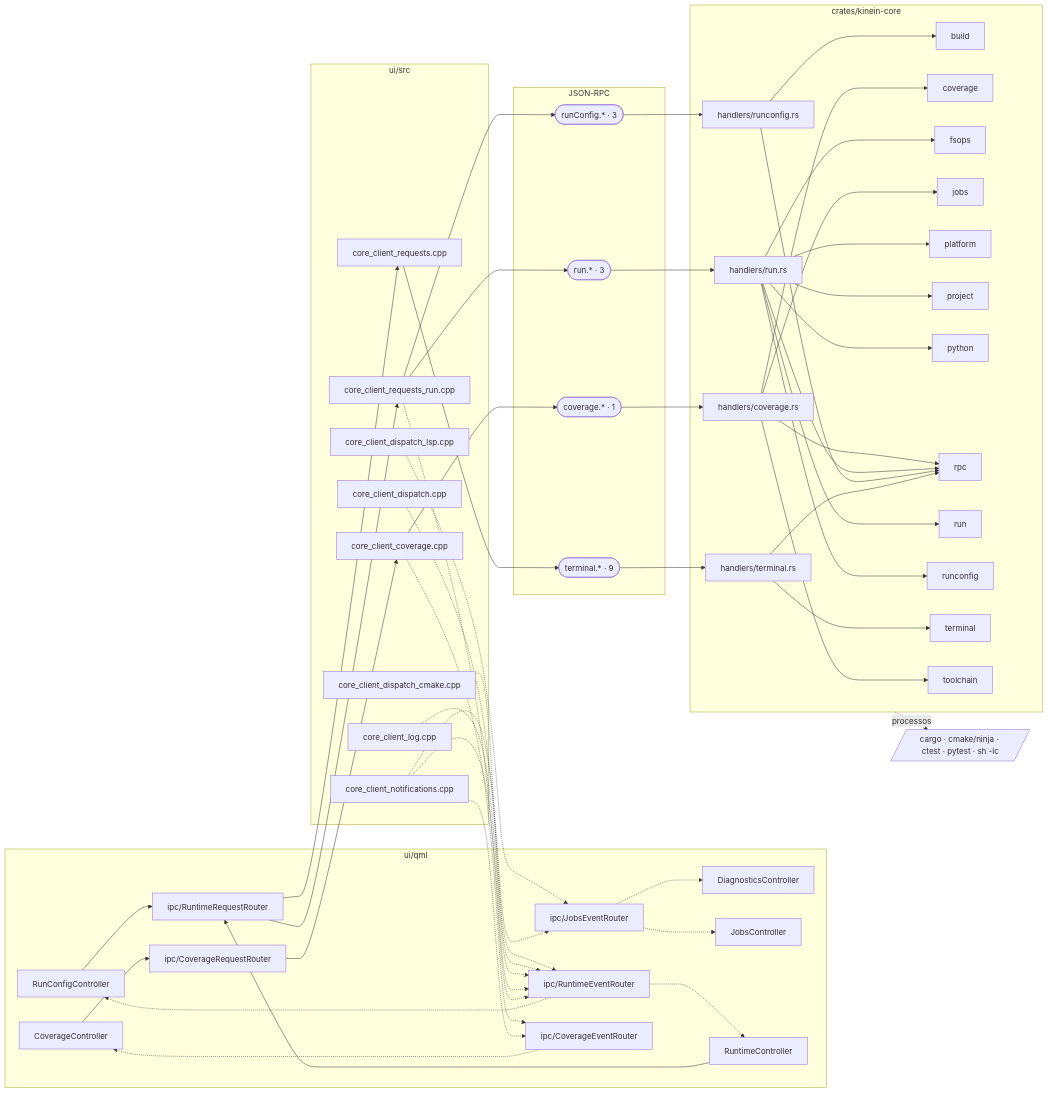
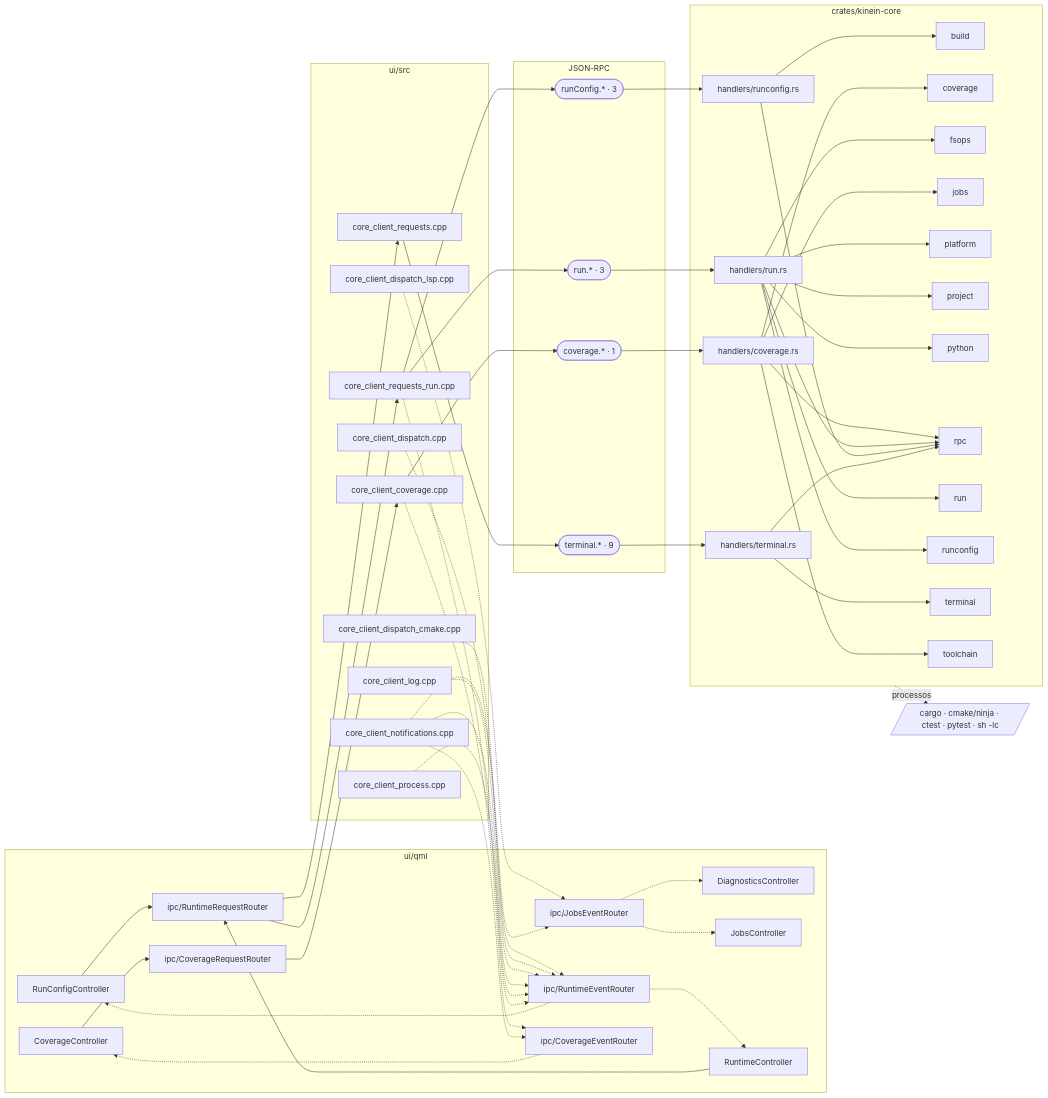
Before and after one commit to ViktorWalde/KineinVectis: the eighth of 16 diagrams in DocsPublic/arquitetura/01-mapa-de-modulos.md, drawn with Mermaid. The commit also changed other lines of this file and 20 other files, not shown here.

```diff
--- a/DocsPublic/arquitetura/01-mapa-de-modulos.md
+++ b/DocsPublic/arquitetura/01-mapa-de-modulos.md
@@ -733,6 +733,7 @@
     n_ui_src_core_client_dispatch_lsp_cpp["core_client_dispatch_lsp.cpp"]
     n_ui_src_core_client_log_cpp["core_client_log.cpp"]
     n_ui_src_core_client_notifications_cpp["core_client_notifications.cpp"]
+    n_ui_src_core_client_process_cpp["core_client_process.cpp"]
     n_ui_src_core_client_requests_cpp["core_client_requests.cpp"]
     n_ui_src_core_client_requests_run_cpp["core_client_requests_run.cpp"]
   end
@@ -781,6 +782,7 @@
   n_ui_src_core_client_notifications_cpp -.-> n_ui_qml_ipc_CoverageEventRouter_qml
   n_ui_src_core_client_notifications_cpp -.-> n_ui_qml_ipc_JobsEventRouter_qml
   n_ui_src_core_client_notifications_cpp -.-> n_ui_qml_ipc_RuntimeEventRouter_qml
+  n_ui_src_core_client_process_cpp -.-> n_ui_qml_ipc_RuntimeEventRouter_qml
   n_ui_src_core_client_requests_cpp --> n_ipc_terminal
   n_ui_src_core_client_requests_run_cpp --> n_ipc_run
   n_ui_src_core_client_requests_run_cpp --> n_ipc_runConfig
```
